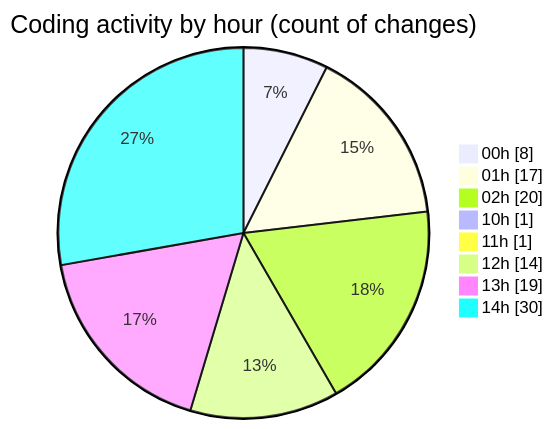
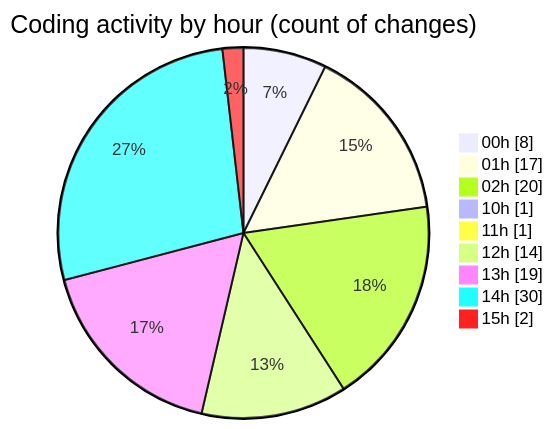
The second of 2 diagrams in 2025-05-02/niten/README.md (Elitesun/code-tracking), drawn with Mermaid before and after one commit. The commit also changed other lines of this file and 1 other file, not shown here.

````diff
--- a/2025-05-02/niten/README.md
+++ b/2025-05-02/niten/README.md
@@ -64,12 +64,13 @@
 ```mermaid
 pie showData
 title Coding activity by hour (count of changes)
 "00h" : 8
 "01h" : 17
 "02h" : 20
 "10h" : 1
 "11h" : 1
 "12h" : 14
 "13h" : 19
 "14h" : 30
+"15h" : 2
 ```
````
